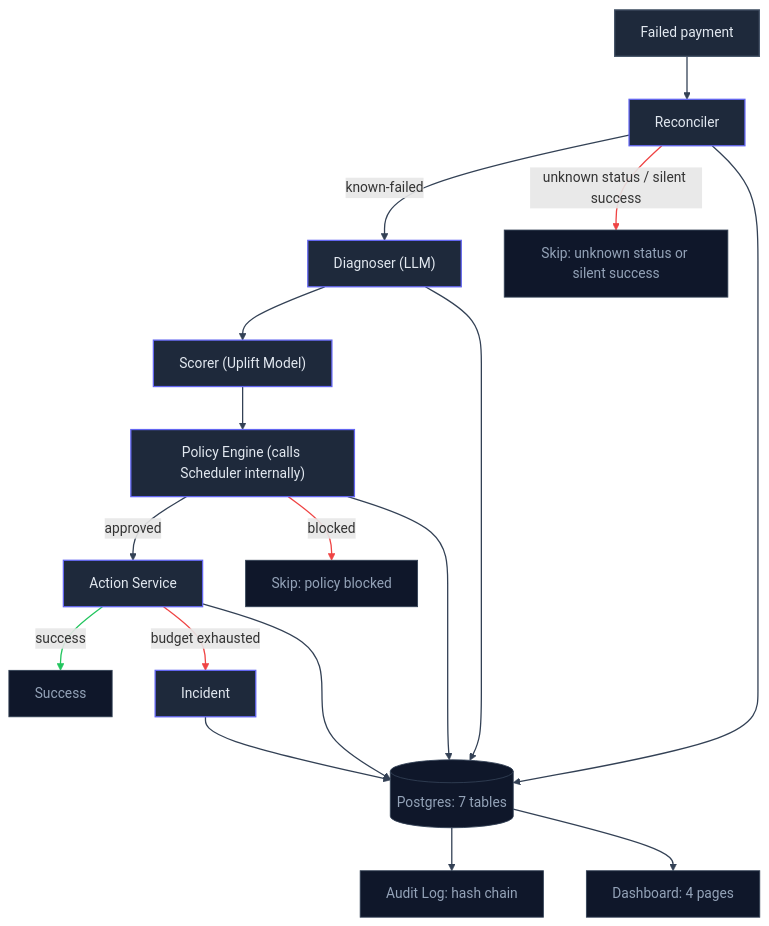
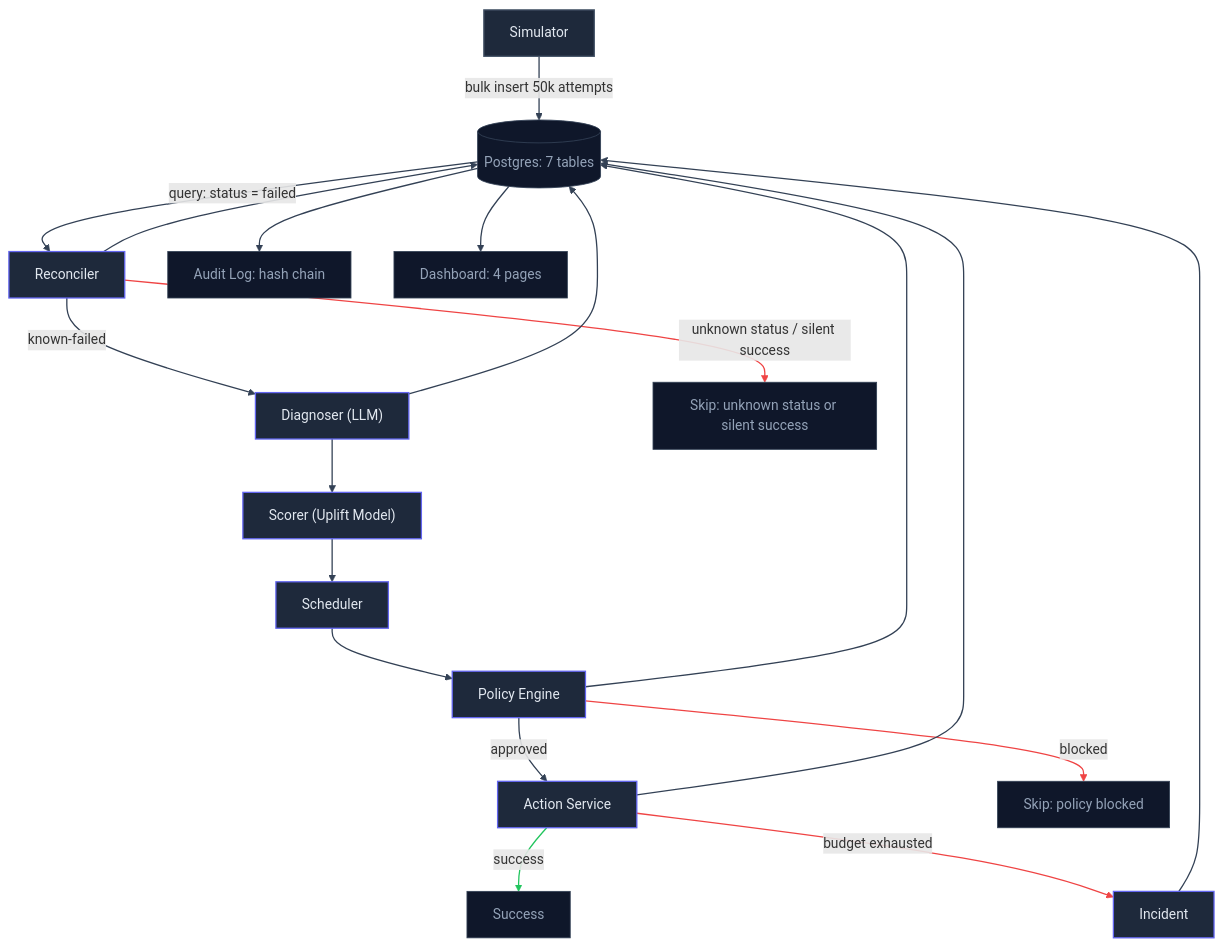
Before and after one commit to Sukanthan06/Uplift: the diagram in ARCHITECTURE.md, drawn with Mermaid. The commit also changed other lines of this file and 1 other file, not shown here.

First paragraph of the commit message:
docs(architecture): add simulator source, fix table count, split scheduler
Three more diagram fixes, caught by the same fact-check discipline as
the last pass:

````diff
--- a/ARCHITECTURE.md
+++ b/ARCHITECTURE.md
@@ -11,31 +11,33 @@
 ```mermaid
 flowchart TD
-    A[Failed payment] --> B[Reconciler]
+    SIM[Simulator] -->|bulk insert 50k attempts| G[(Postgres: 7 tables)]
+    G -->|"query: status = failed"| B[Reconciler]
     B -->|known-failed| C["Diagnoser (LLM)"]
     B -->|unknown status / silent success| S1[Skip: unknown status or silent success]
     C --> D["Scorer (Uplift Model)"]
-    D --> E["Policy Engine (calls Scheduler internally)"]
+    D --> SCHED[Scheduler]
+    SCHED --> E[Policy Engine]
     E -->|approved| F[Action Service]
     E -->|blocked| S2[Skip: policy blocked]
     F -->|success| SUCC[Success]
     F -->|budget exhausted| INC[Incident]
-    B --> G[(Postgres: 7 tables)]
+    B --> G
     C --> G
     E --> G
     F --> G
     INC --> G
     G --> H[Audit Log: hash chain]
     G --> I[Dashboard: 4 pages]
 
     classDef entry fill:#1e293b,stroke:#475569,stroke-width:1.5px,color:#e2e8f0;
     classDef service fill:#1e293b,stroke:#6366f1,stroke-width:1.5px,color:#e2e8f0;
     classDef terminal fill:#0f172a,stroke:#334155,stroke-width:1px,color:#94a3b8;
 
-    class A entry;
-    class B,C,D,E,F,INC service;
+    class SIM entry;
+    class B,C,D,SCHED,E,F,INC service;
     class S1,S2,SUCC,G,H,I terminal;
 
-    linkStyle 2,6,8 stroke:#ef4444,stroke-width:1.5px;
-    linkStyle 7 stroke:#22c55e,stroke-width:1.5px;
-    linkStyle 0,1,3,4,5,9,10,11,12,13,14,15 stroke:#334155,stroke-width:1.5px;
+    linkStyle 3,8,10 stroke:#ef4444,stroke-width:1.5px;
+    linkStyle 9 stroke:#22c55e,stroke-width:1.5px;
+    linkStyle 0,1,2,4,5,6,7,11,12,13,14,15,16,17 stroke:#334155,stroke-width:1.5px;
 ```
````
